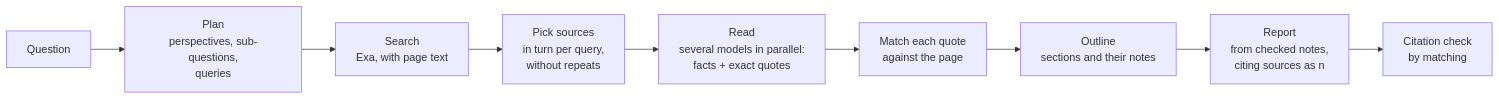
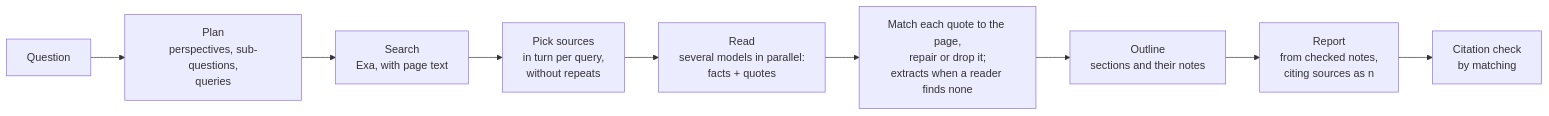
The diagram in backend/docs/deep-research.md (sanketmuchhala/Nerdplexity), drawn with Mermaid before and after one commit. The commit also changed other lines of this file and 5 other files, not shown here.

````diff
--- a/backend/docs/deep-research.md
+++ b/backend/docs/deep-research.md
@@ -39,11 +39,11 @@
 ```mermaid
 flowchart LR
     Q[Question] --> P[Plan<br/>perspectives, sub-questions,<br/>queries]
     P --> S[Search<br/>Exa, with page text]
     S --> K[Pick sources<br/>in turn per query,<br/>without repeats]
-    K --> R[Read<br/>several models in parallel:<br/>facts + exact quotes]
-    R --> M[Match each quote<br/>against the page]
+    K --> R[Read<br/>several models in parallel:<br/>facts + quotes]
+    R --> M[Match each quote to the page,<br/>repair or drop it;<br/>extracts when a reader finds none]
     M --> O[Outline<br/>sections and their notes]
     O --> W[Report<br/>from checked notes,<br/>citing sources as n]
     W --> C[Citation check<br/>by matching]
 ```
````
